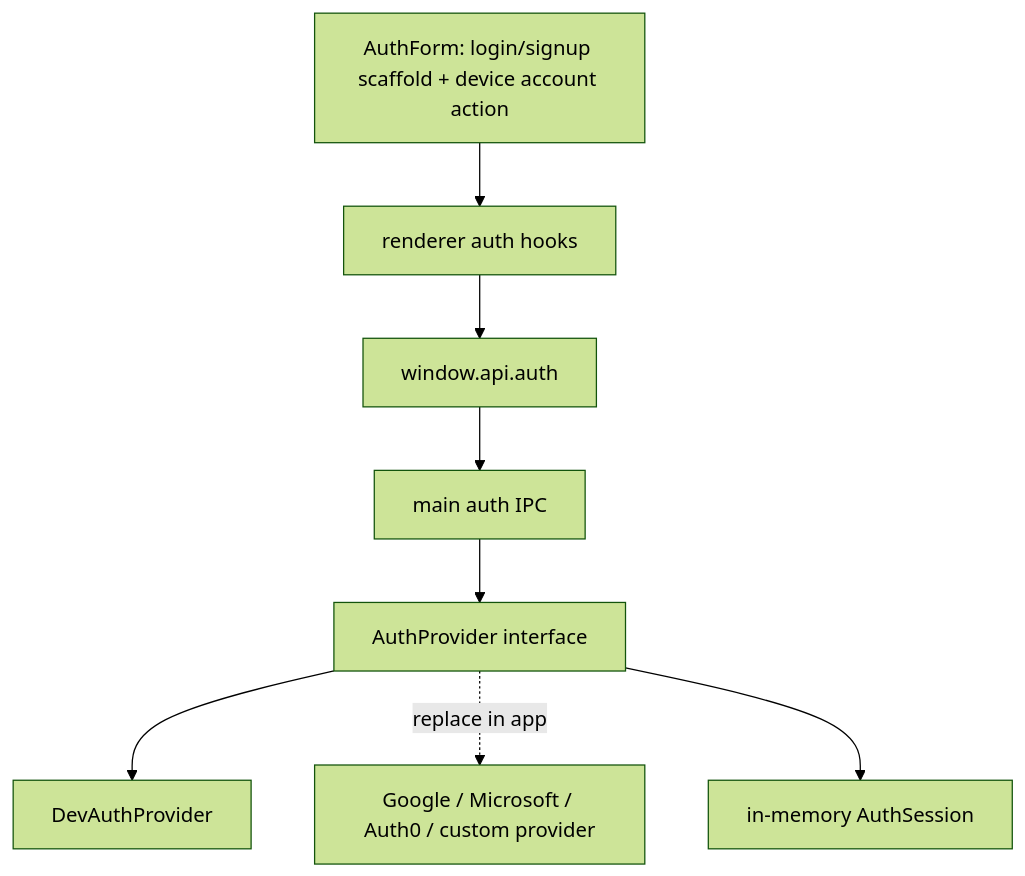
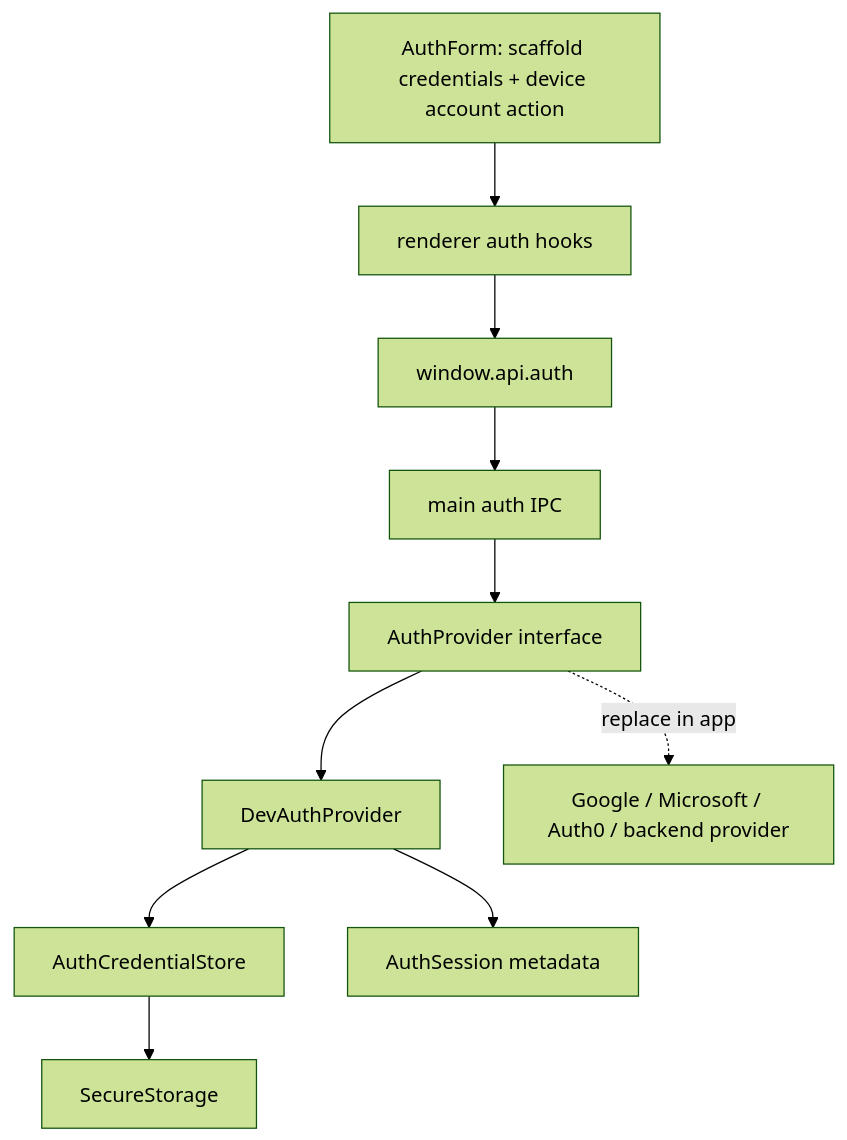
Before and after one commit to AchuAshwath/electron-react-starter-kit: the diagram in docs/auth-session-contract.md, drawn with Mermaid (forest theme). The commit also changed other lines of this file and 21 other files, not shown here.

First line of the commit message:
chore: added route error boundaries, bug fix and docs update on auth lifecycle, secure storage (#20)

````diff
--- a/docs/auth-session-contract.md
+++ b/docs/auth-session-contract.md
@@ -9,10 +38,12 @@
 ```mermaid
 flowchart TB
-	Login["AuthForm: login/signup scaffold + device account action"] --> Hooks["renderer auth hooks"]
+	Form["AuthForm: scaffold credentials + device account action"] --> Hooks["renderer auth hooks"]
 	Hooks --> Api["window.api.auth"]
 	Api --> Ipc["main auth IPC"]
 	Ipc --> Provider["AuthProvider interface"]
 	Provider --> Dev["DevAuthProvider"]
-	Provider -. "replace in app" .-> Real["Google / Microsoft / Auth0 / custom provider"]
-	Provider --> Session["in-memory AuthSession"]
+	Dev --> CredentialStore["AuthCredentialStore"]
+	CredentialStore --> SecureStorage["SecureStorage"]
+	Dev --> Session["AuthSession metadata"]
+	Provider -. "replace in app" .-> Real["Google / Microsoft / Auth0 / backend provider"]
 ```
````
